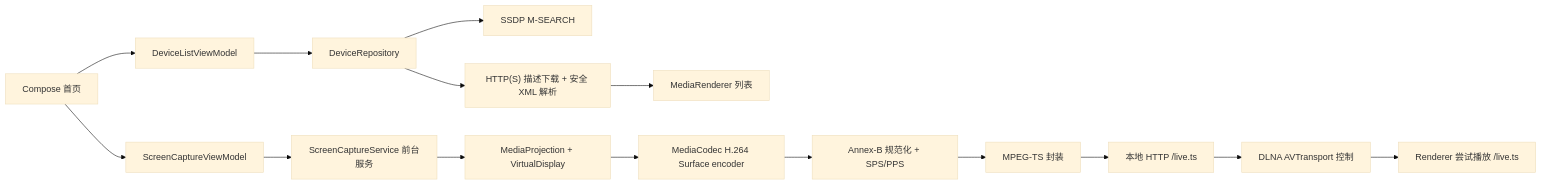
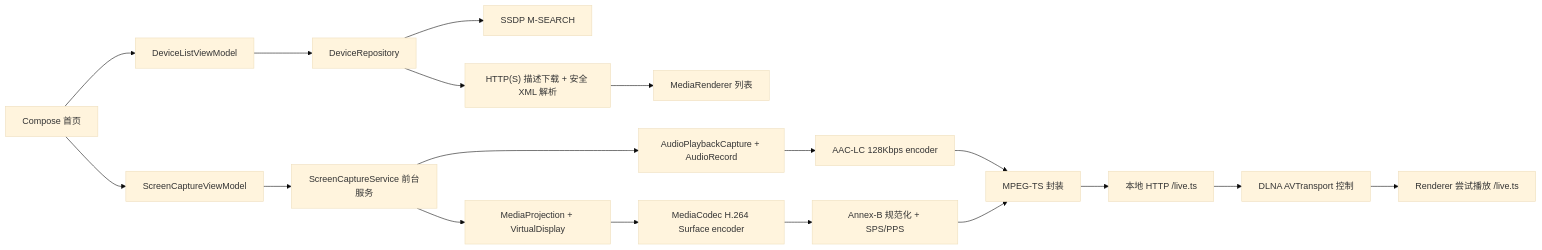
Before and after one commit to QieRong/DLNAScreenCastDemo: the diagram in README.md, drawn with Mermaid (base theme). The commit also changed other lines of this file and 35 other files, not shown here.

Commit message:
feat(audio): add playback capture evidence and demo docs

````diff
--- a/README.md
+++ b/README.md
@@ -25,17 +25,20 @@
 ```mermaid
 flowchart LR
     UI["Compose 首页"] --> DEVICE_VM["DeviceListViewModel"]
     DEVICE_VM --> REPOSITORY["DeviceRepository"]
     REPOSITORY --> SSDP["SSDP M-SEARCH"]
     REPOSITORY --> DESCRIPTION["HTTP(S) 描述下载 + 安全 XML 解析"]
     DESCRIPTION --> RENDERER["MediaRenderer 列表"]
     UI --> CAPTURE_VM["ScreenCaptureViewModel"]
     CAPTURE_VM --> SERVICE["ScreenCaptureService 前台服务"]
     SERVICE --> CAPTURE["MediaProjection + VirtualDisplay"]
     CAPTURE --> ENCODER["MediaCodec H.264 Surface encoder"]
+    SERVICE --> AUDIO_CAPTURE["AudioPlaybackCapture + AudioRecord"]
+    AUDIO_CAPTURE --> AUDIO_ENCODER["AAC-LC 128Kbps encoder"]
     ENCODER --> NORMALIZER["Annex-B 规范化 + SPS/PPS"]
+    AUDIO_ENCODER --> MUXER
     NORMALIZER --> MUXER["MPEG-TS 封装"]
     MUXER --> STREAM["本地 HTTP /live.ts"]
     STREAM --> CONTROL["DLNA AVTransport 控制"]
     CONTROL --> RENDERER_PLAY["Renderer 尝试播放 /live.ts"]
 ```
````
